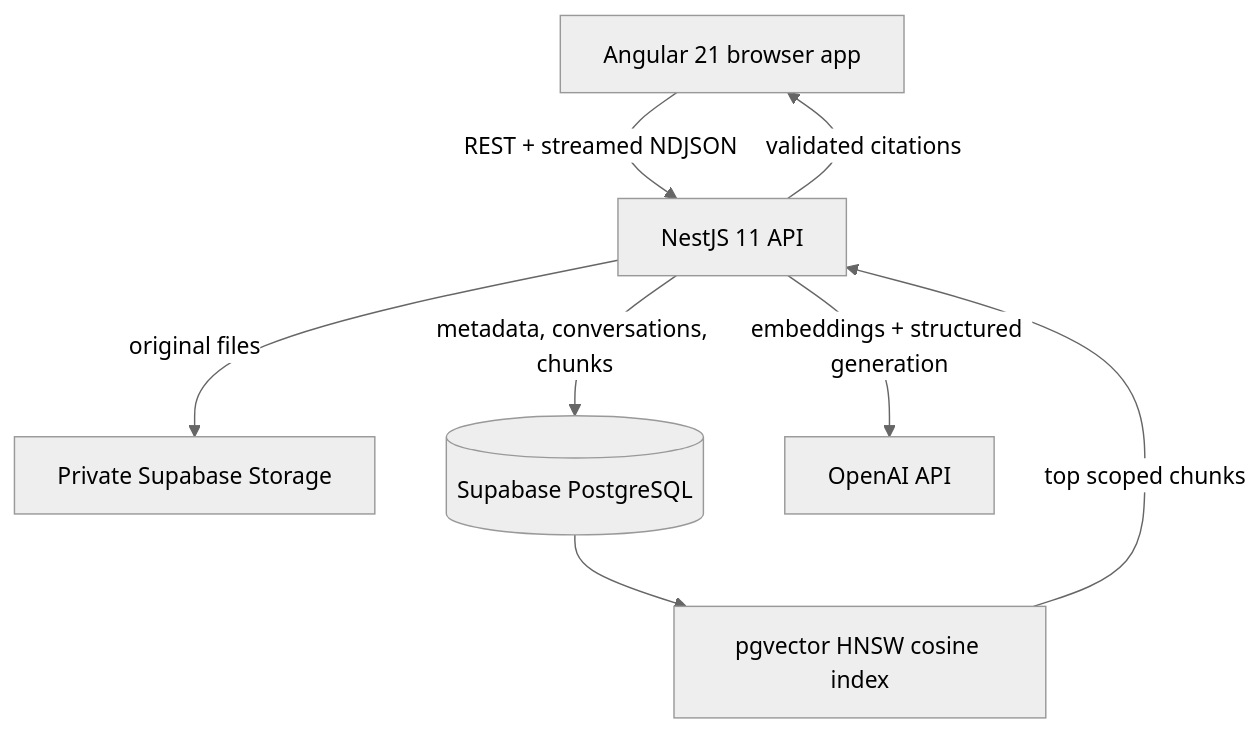
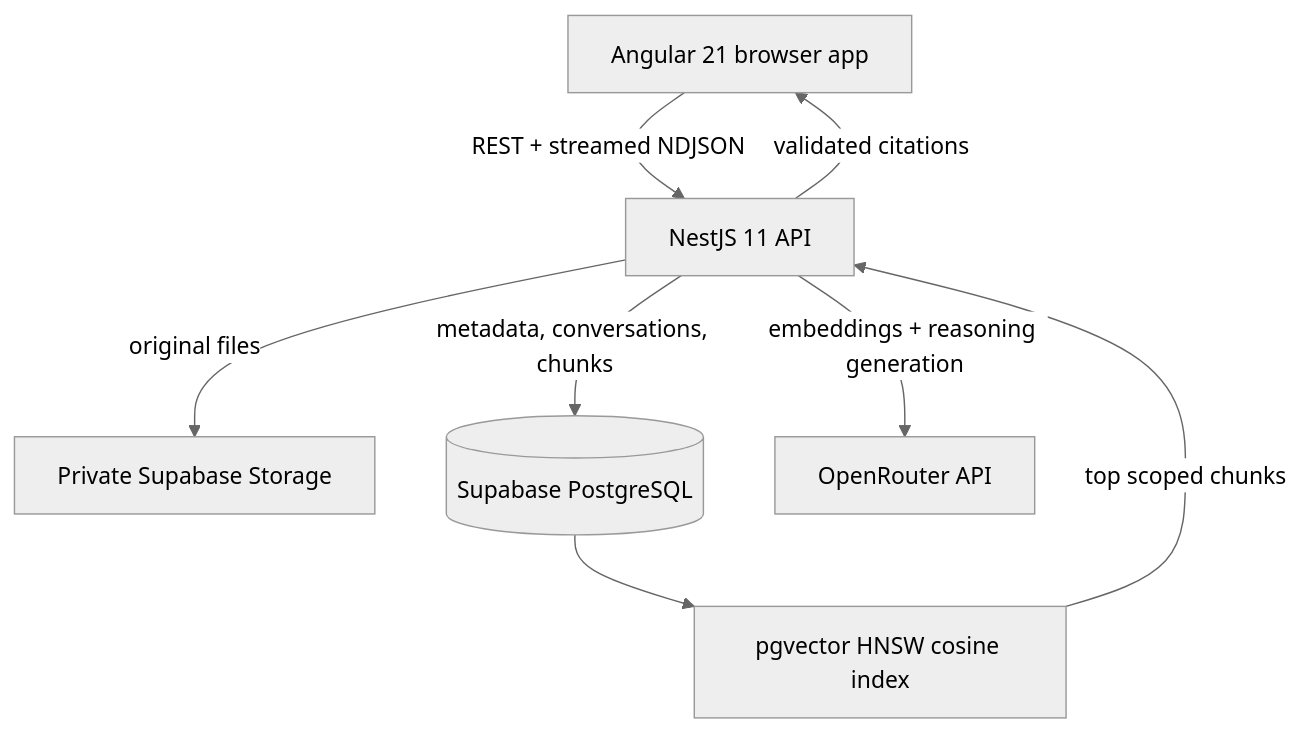
Before and after one commit to jaaseiadev/grounded: the diagram in README.md, drawn with Mermaid (neutral theme). The commit also changed other lines of this file and 18 other files, not shown here.

Commit message:
feat(ai): integrate OpenRouter reasoning models

````diff
--- a/README.md
+++ b/README.md
@@ -35,10 +35,10 @@
 ```mermaid
 flowchart TD
   Browser[Angular 21 browser app] -->|REST + streamed NDJSON| API[NestJS 11 API]
   API -->|original files| Storage[Private Supabase Storage]
   API -->|metadata, conversations, chunks| Postgres[(Supabase PostgreSQL)]
   Postgres --> Vector[pgvector HNSW cosine index]
-  API -->|embeddings + structured generation| OpenAI[OpenAI API]
+  API -->|embeddings + reasoning generation| OpenRouter[OpenRouter API]
   Vector -->|top scoped chunks| API
   API -->|validated citations| Browser
 ```
````
